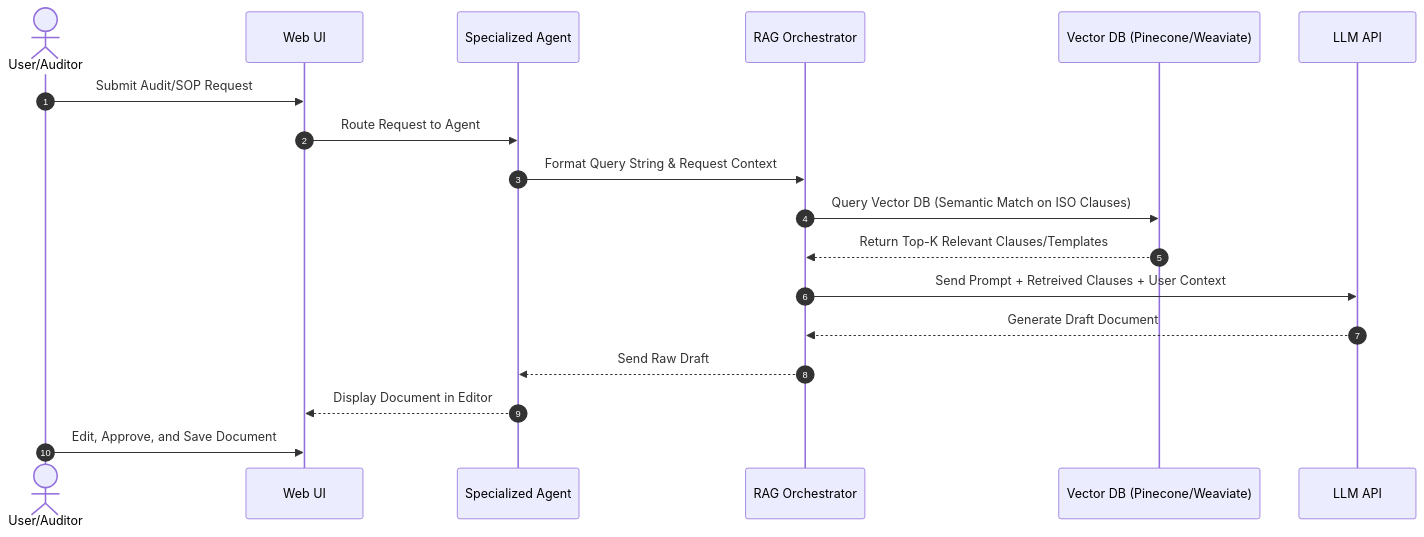
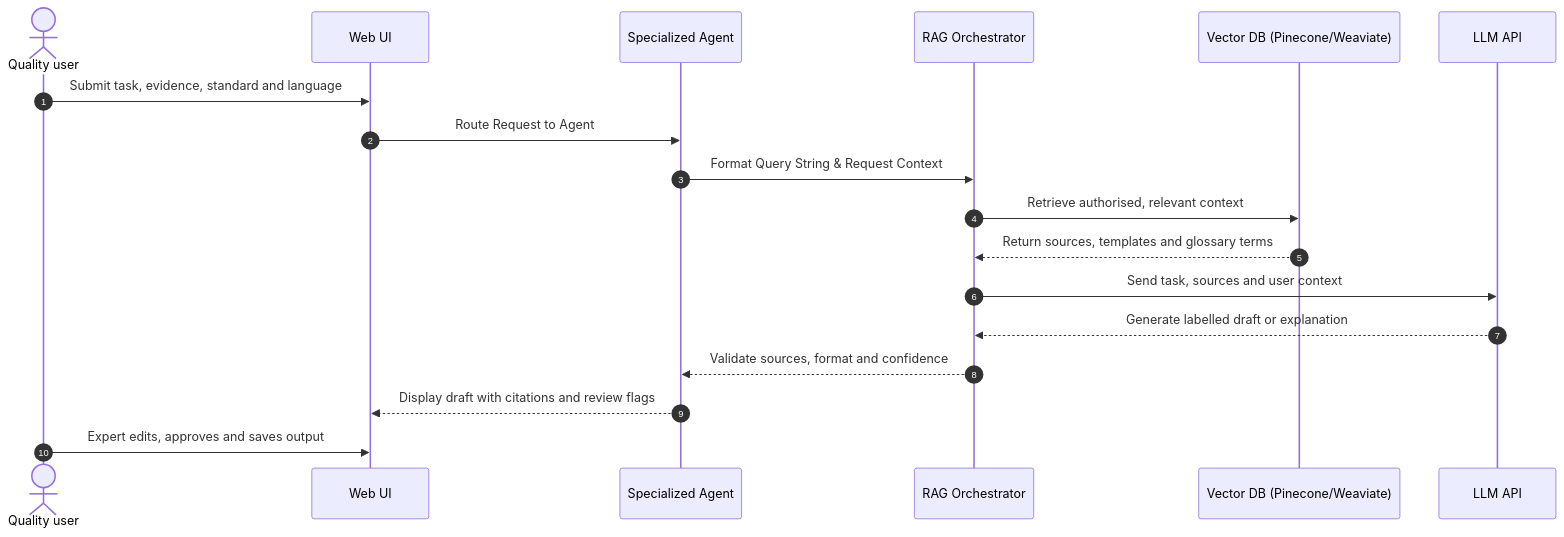
One commit to denhereruzivo/potraz_submission changed the diagram in architecture.md. Above: the diagram before and after it, drawn with Mermaid. The commit also changed other lines of this file and 9 other files, not shown here.

````diff
--- a/architecture.md
+++ b/architecture.md
@@ -62,21 +64,21 @@
 ```mermaid
 sequenceDiagram
     autonumber
-    actor User as User/Auditor
+    actor User as Quality user
     participant UI as Web UI
     participant Agent as Specialized Agent
     participant RAG as RAG Orchestrator
     participant VDB as Vector DB (Pinecone/Weaviate)
     participant LLM as LLM API
 
-    User->>UI: Submit Audit/SOP Request
+    User->>UI: Submit task, evidence, standard and language
     UI->>Agent: Route Request to Agent
     Agent->>RAG: Format Query String & Request Context
-    RAG->>VDB: Query Vector DB (Semantic Match on ISO Clauses)
-    VDB-->>RAG: Return Top-K Relevant Clauses/Templates
-    RAG->>LLM: Send Prompt + Retreived Clauses + User Context
-    LLM-->>RAG: Generate Draft Document
-    RAG-->>Agent: Send Raw Draft
-    Agent-->>UI: Display Document in Editor
-    User->>UI: Edit, Approve, and Save Document
+    RAG->>VDB: Retrieve authorised, relevant context
+    VDB-->>RAG: Return sources, templates and glossary terms
+    RAG->>LLM: Send task, sources and user context
+    LLM-->>RAG: Generate labelled draft or explanation
+    RAG-->>Agent: Validate sources, format and confidence
+    Agent-->>UI: Display draft with citations and review flags
+    User->>UI: Expert edits, approves and saves output
 ```
````
